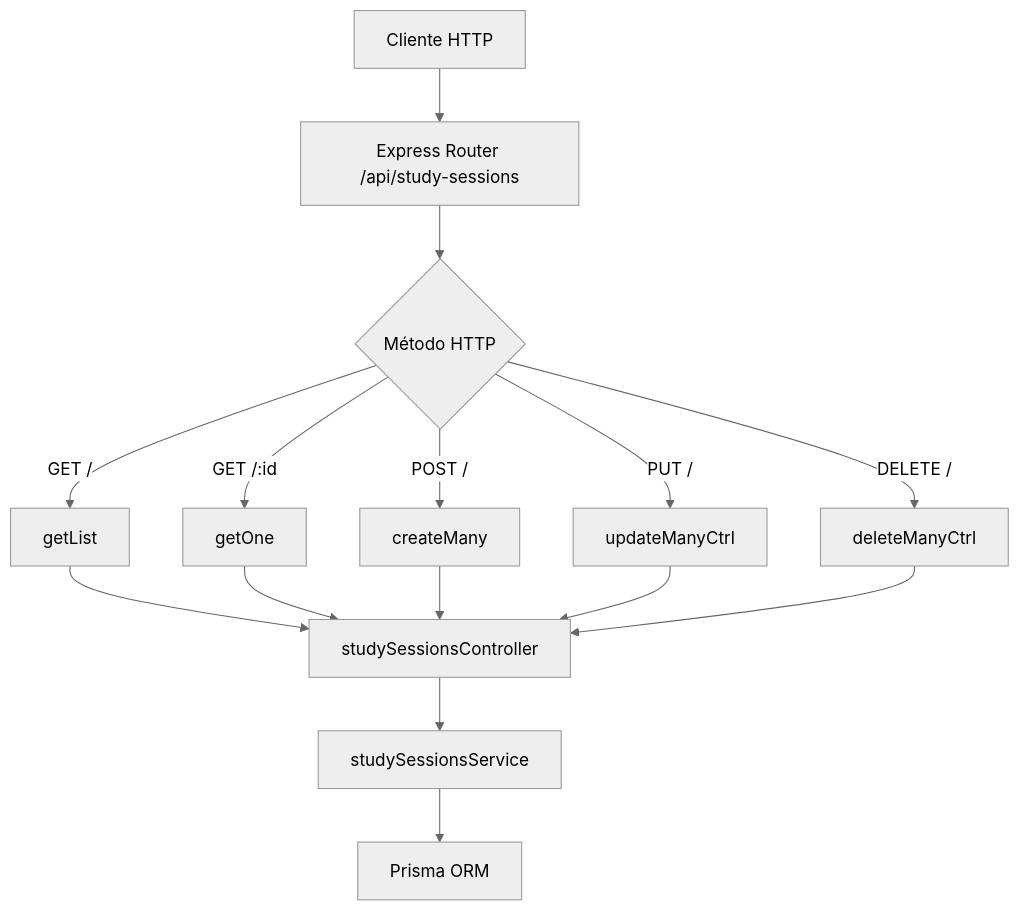
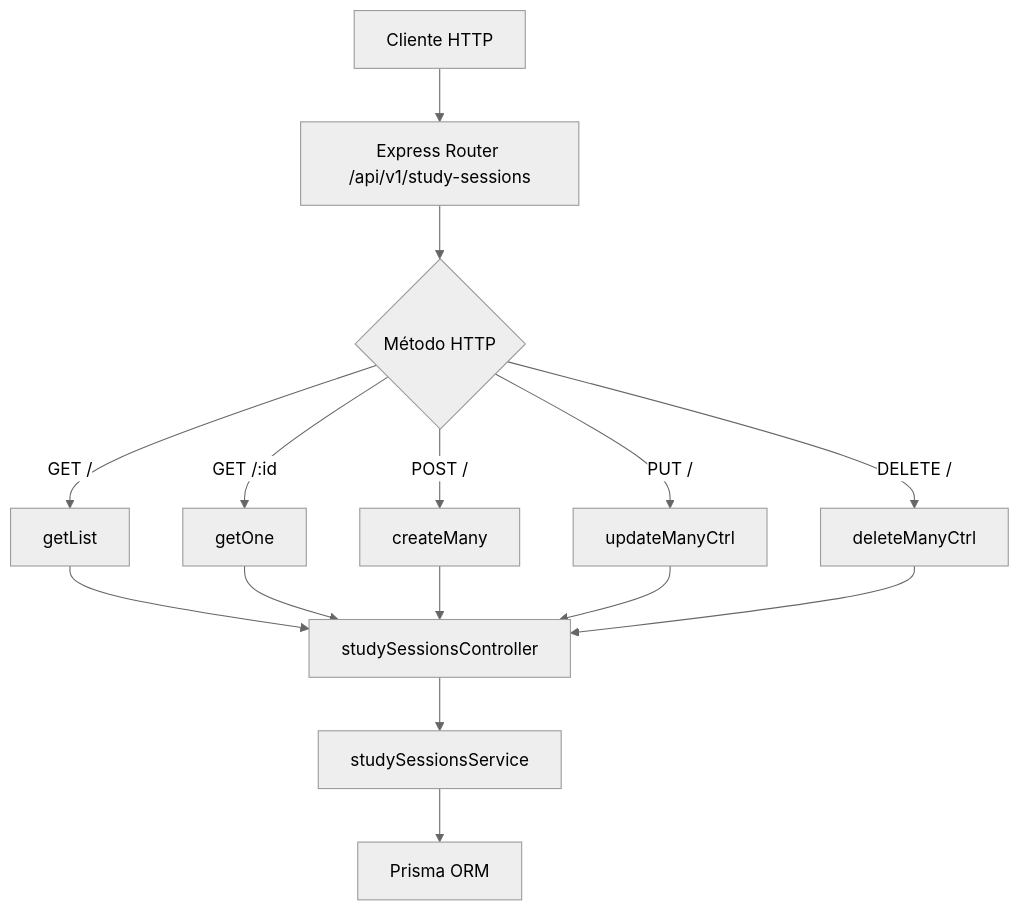
One commit to Syntel-Labs/study-task-insights changed the diagram in docs/code/server/routes/studySessionsRoutes.md. Above: the diagram before and after it, drawn with Mermaid (neutral theme). The commit also changed other lines of this file and 29 other files, not shown here.

````diff
--- a/docs/code/server/routes/studySessionsRoutes.md
+++ b/docs/code/server/routes/studySessionsRoutes.md
@@ -15,13 +15,13 @@
 ```mermaid
 flowchart TD
-  A[Cliente HTTP] --> B[Express Router /api/study-sessions]
+  A[Cliente HTTP] --> B[Express Router /api/v1/study-sessions]
   B --> C{Método HTTP}
   C -->|GET /| D[getList]
   C -->|GET /:id| E[getOne]
   C -->|POST /| F[createMany]
   C -->|PUT /| G[updateManyCtrl]
   C -->|DELETE /| H[deleteManyCtrl]
   D & E & F & G & H --> I[studySessionsController]
   I --> J[studySessionsService]
   J --> K[Prisma ORM]
 ```
````
